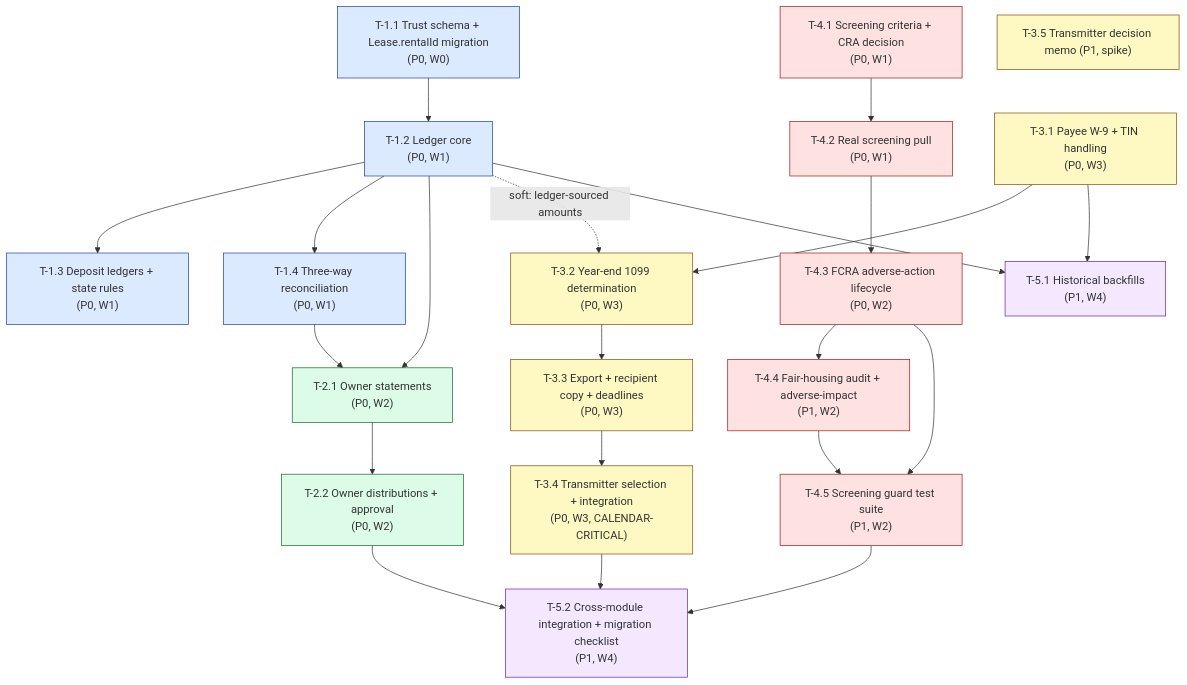
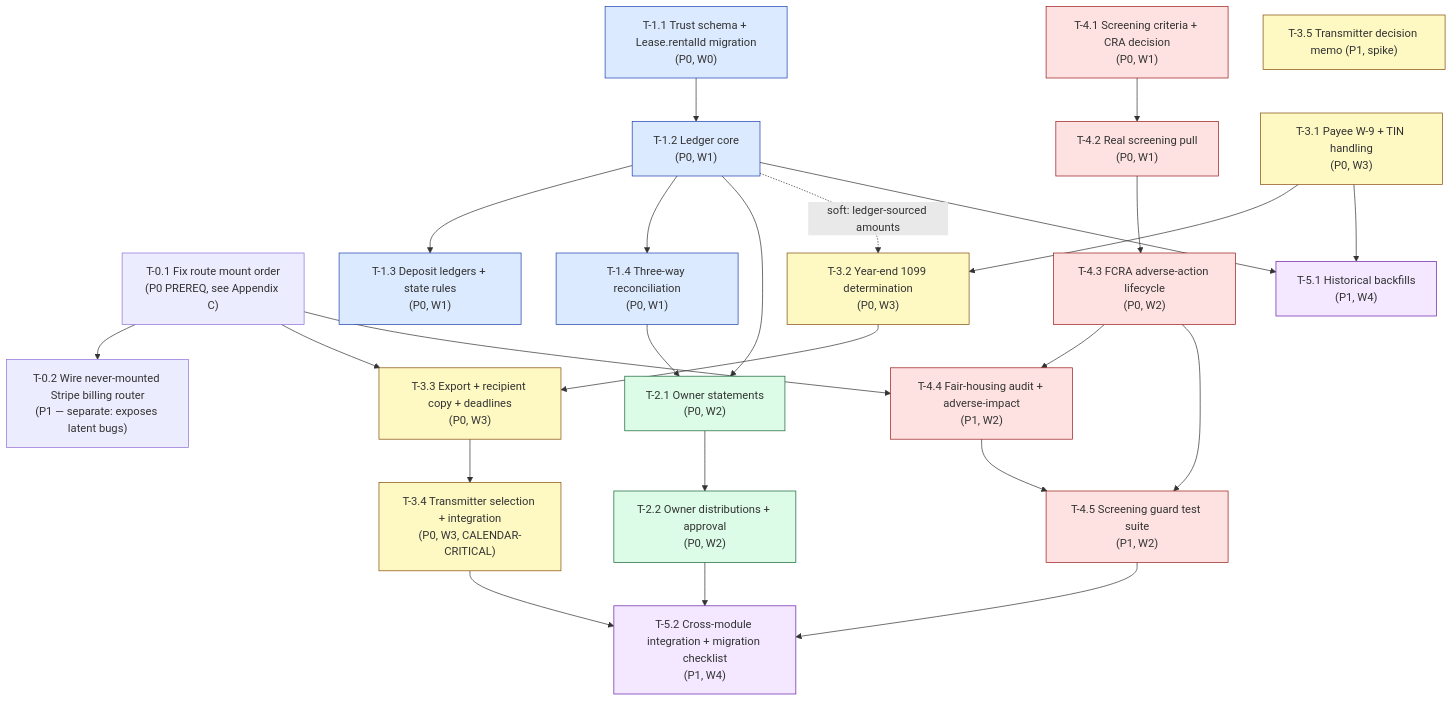
Before and after one commit to bujinwang/PropertyAI: the diagram in deliverables/software-company/propertyai-hard-gaps-engineering-plan-2026-09-17.md, drawn with Mermaid. The commit also changed other lines of this file and 1 other file, not shown here.

````diff
--- a/deliverables/software-company/propertyai-hard-gaps-engineering-plan-2026-09-17.md
+++ b/deliverables/software-company/propertyai-hard-gaps-engineering-plan-2026-09-17.md
@@ -1425,42 +1429,48 @@
 ```mermaid
 graph TD
+  T01["T-0.1 Fix route mount order<br/>(P0 PREREQ, see Appendix C)"]
+  T01 --> T02["T-0.2 Wire never-mounted Stripe billing router<br/>(P1 — separate: exposes latent bugs)"]
+
   T11["T-1.1 Trust schema + Lease.rentalId migration<br/>(P0, W0)"]
+
+  T01 --> T33
+  T01 --> T44
 
   T11 --> T12["T-1.2 Ledger core<br/>(P0, W1)"]
   T12 --> T13["T-1.3 Deposit ledgers + state rules<br/>(P0, W1)"]
   T12 --> T14["T-1.4 Three-way reconciliation<br/>(P0, W1)"]
 
   T12 --> T21["T-2.1 Owner statements<br/>(P0, W2)"]
   T14 --> T21
   T21 --> T22["T-2.2 Owner distributions + approval<br/>(P0, W2)"]
 
   T41["T-4.1 Screening criteria + CRA decision<br/>(P0, W1)"] --> T42["T-4.2 Real screening pull<br/>(P0, W1)"]
   T42 --> T43["T-4.3 FCRA adverse-action lifecycle<br/>(P0, W2)"]
   T43 --> T44["T-4.4 Fair-housing audit + adverse-impact<br/>(P1, W2)"]
   T43 --> T45["T-4.5 Screening guard test suite<br/>(P1, W2)"]
   T44 --> T45
 
   T31["T-3.1 Payee W-9 + TIN handling<br/>(P0, W3)"] --> T32["T-3.2 Year-end 1099 determination<br/>(P0, W3)"]
   T32 --> T33["T-3.3 Export + recipient copy + deadlines<br/>(P0, W3)"]
   T33 --> T34["T-3.4 Transmitter selection + integration<br/>(P0, W3, CALENDAR-CRITICAL)"]
   T35["T-3.5 Transmitter decision memo (P1, spike)"]
 
   T12 -.->|soft: ledger-sourced amounts| T32
   T12 --> T51["T-5.1 Historical backfills<br/>(P1, W4)"]
   T31 --> T51
   T22 --> T52["T-5.2 Cross-module integration + migration checklist<br/>(P1, W4)"]
   T45 --> T52
   T34 --> T52
 
   classDef gap1 fill:#dbeafe,stroke:#1e40af
   classDef gap2 fill:#dcfce7,stroke:#166534
   classDef gap3 fill:#fef9c3,stroke:#854d0e
   classDef gap4 fill:#fee2e2,stroke:#991b1b
   classDef xcut fill:#f3e8ff,stroke:#6b21a8
 
   class T11,T12,T13,T14 gap1
   class T21,T22 gap2
   class T31,T32,T33,T34,T35 gap3
   class T41,T42,T43,T44,T45 gap4
   class T51,T52 xcut
 ```
````
